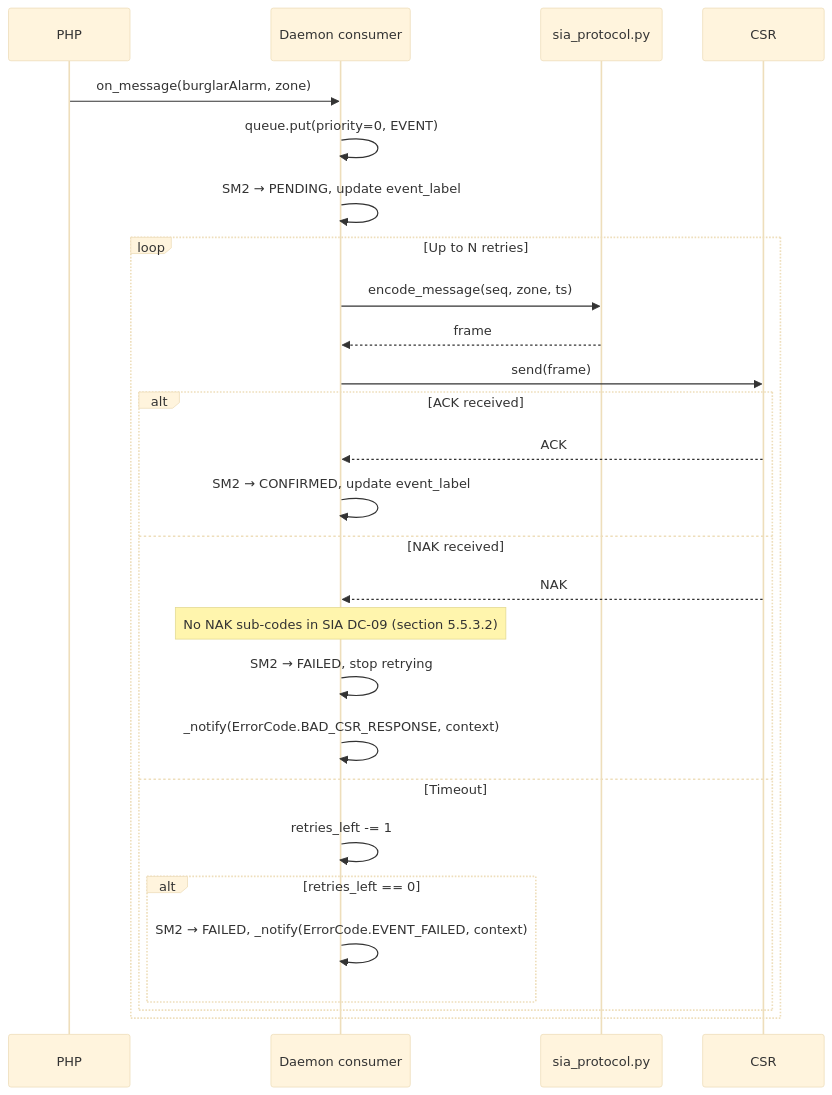
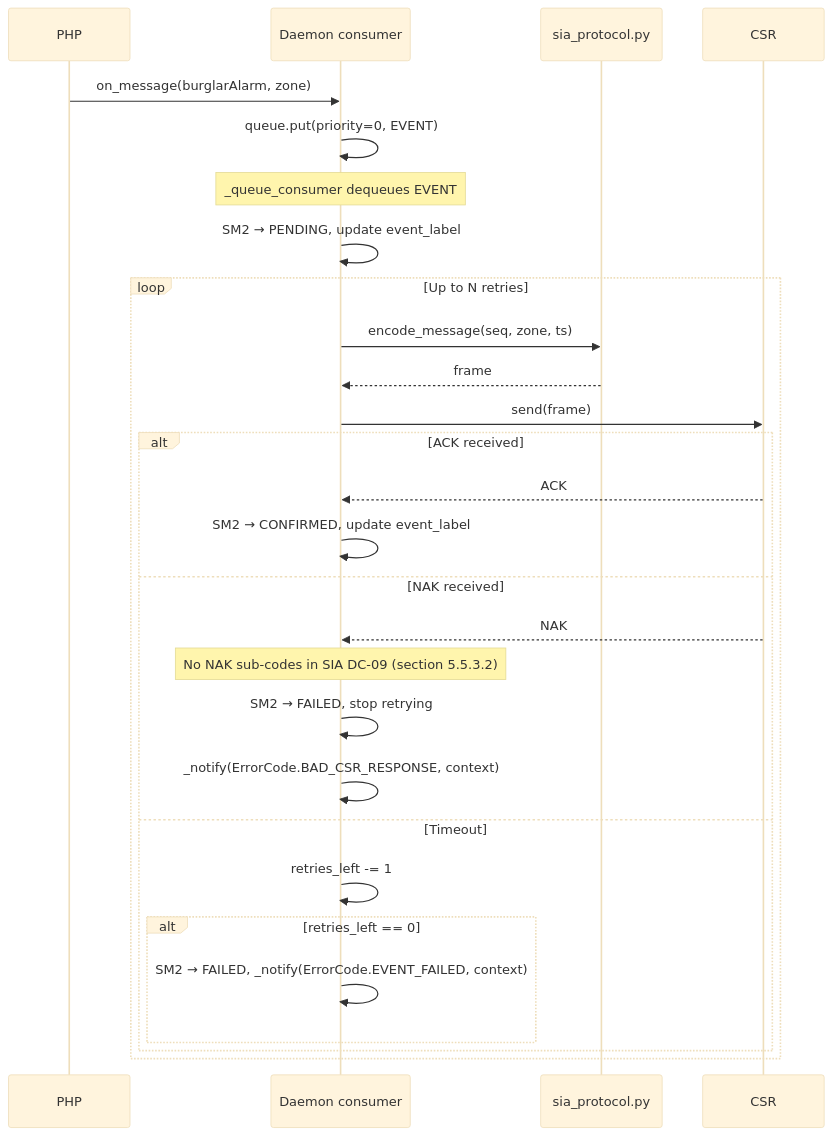
One commit to hlehoux2021/siadc09 changed the fifth of 6 diagrams in docs/design/daemon-design.md. Above: the diagram before and after it, drawn with Mermaid (base theme). The commit also changed other lines of this file and 9 other files, not shown here.

````diff
--- a/docs/design/daemon-design.md
+++ b/docs/design/daemon-design.md
@@ -712,32 +782,33 @@
 ```mermaid
 sequenceDiagram
     participant PHP as PHP
     participant D as Daemon consumer
     participant P as sia_protocol.py
     participant CSR as CSR
 
     PHP->>D: on_message(burglarAlarm, zone)
     D->>D: queue.put(priority=0, EVENT)
+    Note over D: _queue_consumer dequeues EVENT
     D->>D: SM2 → PENDING, update event_label
 
     loop Up to N retries
         D->>P: encode_message(seq, zone, ts)
         P-->>D: frame
         D->>CSR: send(frame)
 
         alt ACK received
             CSR-->>D: ACK
             D->>D: SM2 → CONFIRMED, update event_label
         else NAK received
             CSR-->>D: NAK
             Note over D: No NAK sub-codes in SIA DC-09 (section 5.5.3.2)
             D->>D: SM2 → FAILED, stop retrying
             D->>D: _notify(ErrorCode.BAD_CSR_RESPONSE, context)
         else Timeout
             D->>D: retries_left -= 1
             alt retries_left == 0
                 D->>D: SM2 → FAILED, _notify(ErrorCode.EVENT_FAILED, context)
             end
         end
     end
 ```
````
